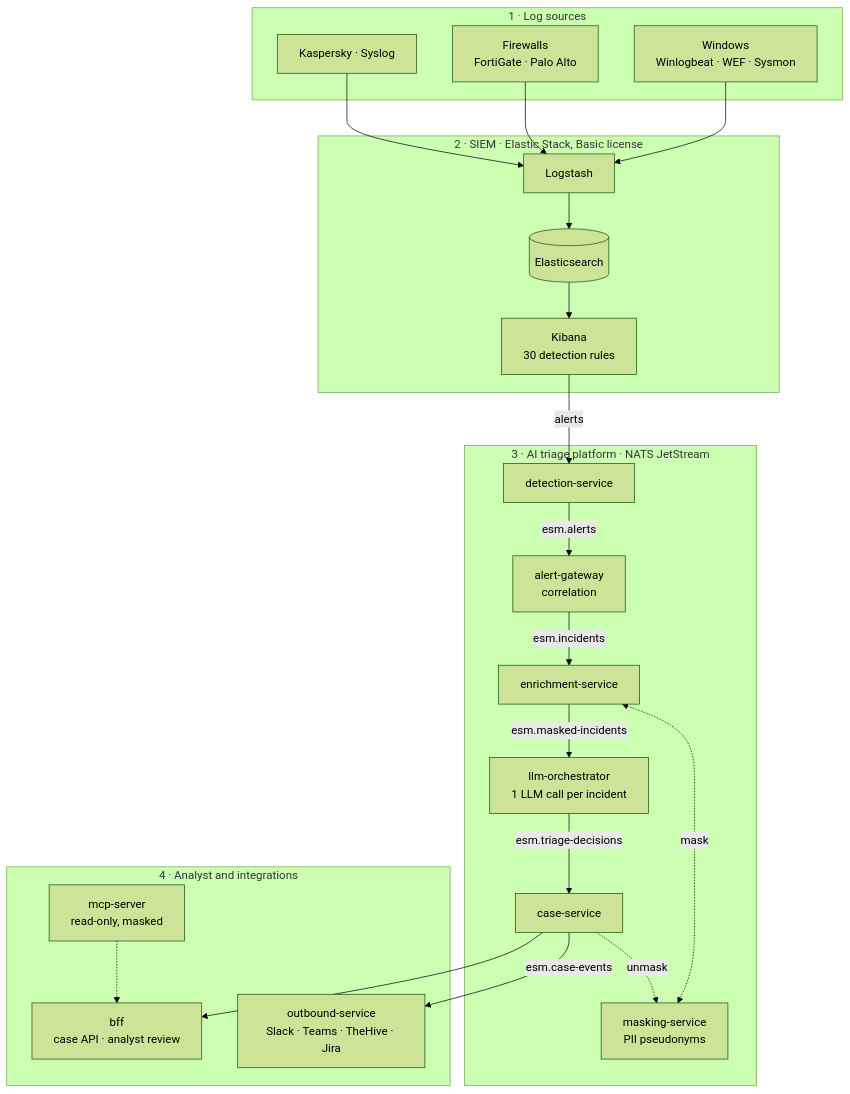
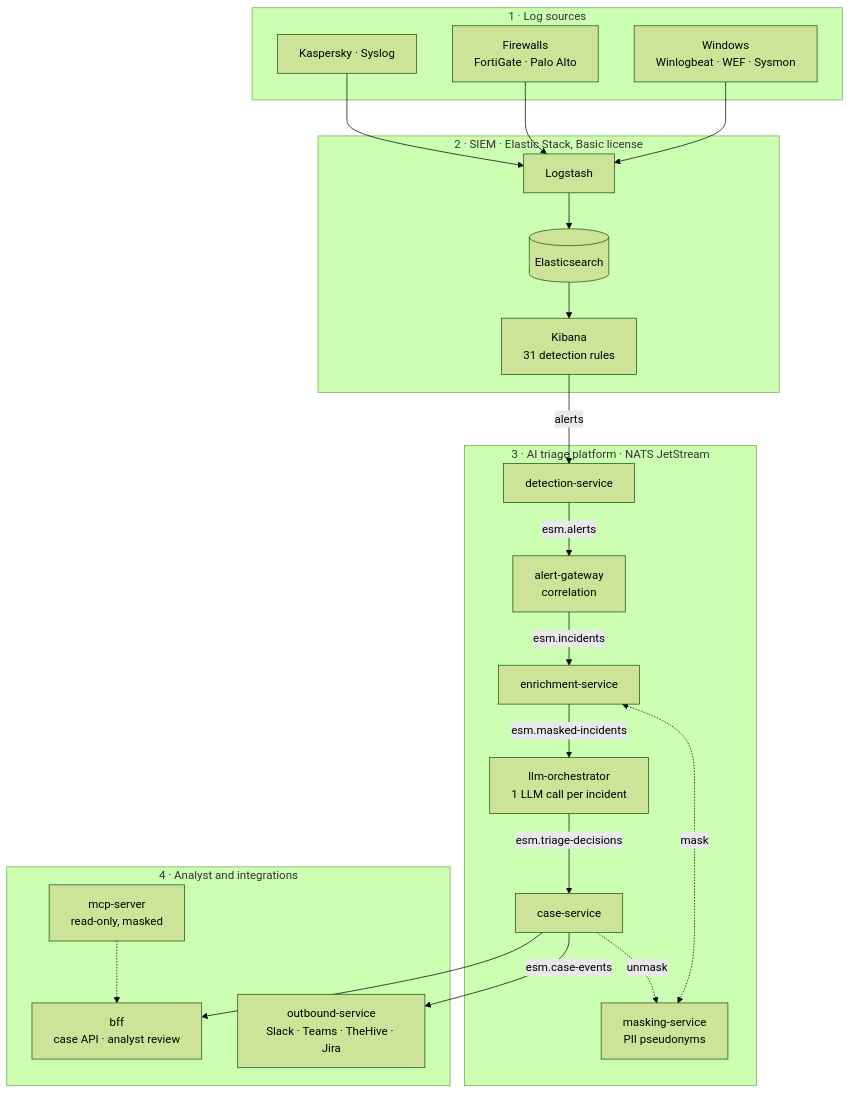
Before and after one commit to ytalharabaci/elastic-genai-secops: the diagram in README.md, drawn with Mermaid (forest theme). The commit also changed 10 other files, not shown here.

````diff
--- a/README.md
+++ b/README.md
@@ -24,33 +24,33 @@
 ```mermaid
 flowchart TB
     subgraph SRC["1 · Log sources"]
         W["Windows<br/>Winlogbeat · WEF · Sysmon"]
         F["Firewalls<br/>FortiGate · Palo Alto"]
         O["Kaspersky · Syslog"]
     end
 
     subgraph SIEM["2 · SIEM · Elastic Stack, Basic license"]
-        LS[Logstash] --> ES[(Elasticsearch)] --> KB["Kibana<br/>30 detection rules"]
+        LS[Logstash] --> ES[(Elasticsearch)] --> KB["Kibana<br/>31 detection rules"]
     end
 
     subgraph AI["3 · AI triage platform · NATS JetStream"]
         DS[detection-service] -->|esm.alerts| AG["alert-gateway<br/>correlation"]
         AG -->|esm.incidents| EN[enrichment-service]
         EN -->|esm.masked-incidents| LO["llm-orchestrator<br/>1 LLM call per incident"]
         LO -->|esm.triage-decisions| CS[case-service]
         EN <-.->|mask| MS["masking-service<br/>PII pseudonyms"]
         CS -.->|unmask| MS
     end
 
     subgraph OUT["4 · Analyst and integrations"]
         BFF["bff<br/>case API · analyst review"]
         OB["outbound-service<br/>Slack · Teams · TheHive · Jira"]
         MCP["mcp-server<br/>read-only, masked"]
     end
 
     W & F & O --> LS
     KB -->|alerts| DS
     CS --> BFF
     CS -->|esm.case-events| OB
     MCP -.-> BFF
 ```
````
